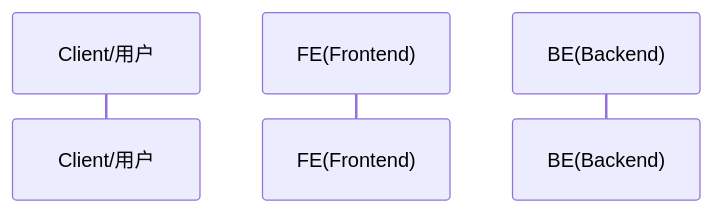
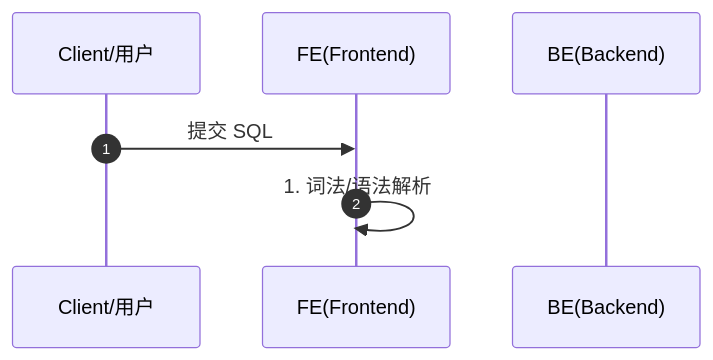
The diagram in all/未命名-4.md (HY-10-8/iodraw-files), drawn with Mermaid before and after one commit.

Commit message:
2026-04-22 17:35:25 update

````diff
--- a/all/未命名-4.md
+++ b/all/未命名-4.md
@@ -1,8 +1,11 @@
 ```mermaid
 sequenceDiagram
     autonumber
 
     participant Client as Client/用户
     participant FE as FE(Frontend)
     participant BE as BE(Backend)
+    
+    Client->>FE: 提交 SQL
+    FE->>FE: 1. 词法/语法解析
 ```
````
